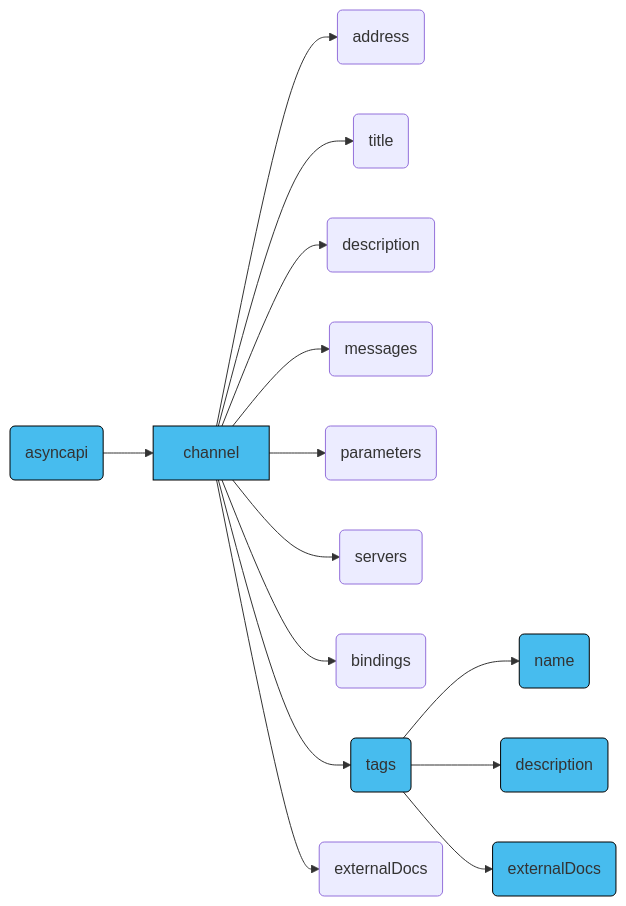
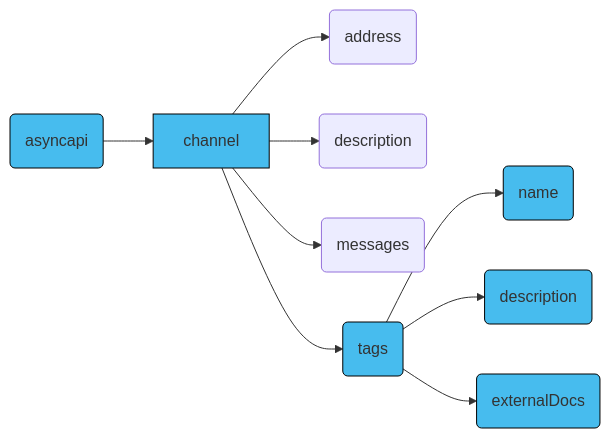
Before and after one commit to asyncapi/website: the third of 5 diagrams in pages/docs/concepts/asyncapi-document/tags.md, drawn with Mermaid. The commit also changed other lines of this file, not shown here.

Commit message:
Update diagrams

````diff
--- a/pages/docs/concepts/asyncapi-document/tags.md
+++ b/pages/docs/concepts/asyncapi-document/tags.md
@@ -126,37 +125,27 @@
 ```mermaid
 graph LR
   A[channel]
   B(address)
-  C(title)
   D(description)
   E(messages)
-  H(parameters)
-  J(servers)
-  M(bindings)
   P(tags)
-  R(externalDocs)
   F(name)
   G(description)
   I(externalDocs)
   Z(asyncapi)
 
   Z --> A
   A --> B
-  A --> C
   A --> D
   A --> E
-  A --> H
-  A --> J
-  A --> M
   A --> P
-  A --> R
   P --> F
   P --> G 
   P --> I 
   style A fill:#47BCEE,stroke:#000;
   style Z fill:#47BCEE,stroke:#000;
   style P fill:#47BCEE,stroke:#000;
   style F fill:#47BCEE,stroke:#000;
   style G fill:#47BCEE,stroke:#000;
   style I fill:#47BCEE,stroke:#000;
 ```
````
